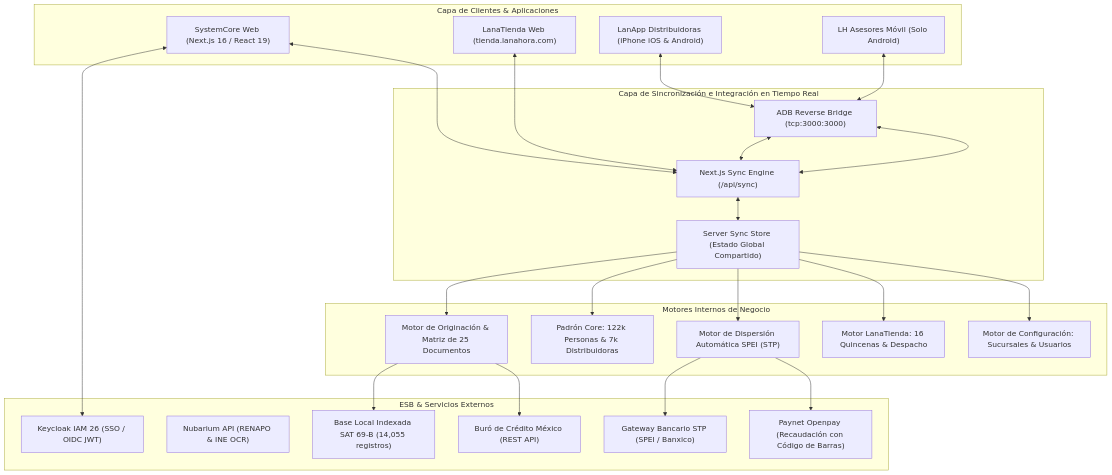
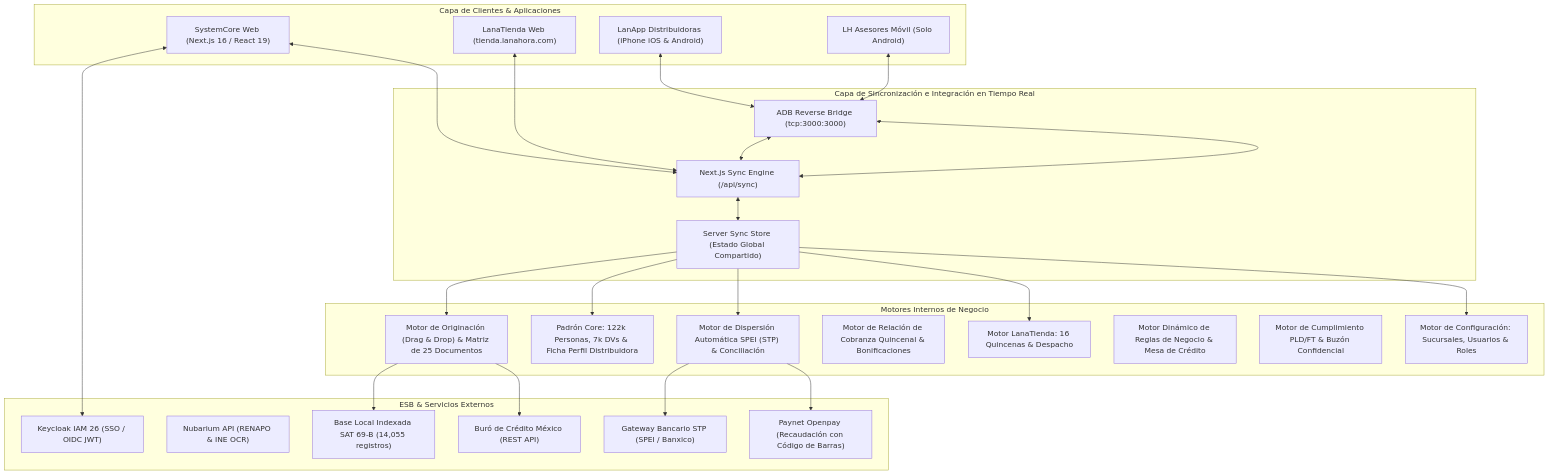
One commit to CarlosMartinezLH/SystemCore_LH changed the diagram in README.md. Above: the diagram before and after it, drawn with Mermaid. The commit also changed other lines of this file and 11 other files, not shown here.

````diff
--- a/README.md
+++ b/README.md
@@ -42,50 +42,53 @@
 ```mermaid
 flowchart TD
     subgraph Clientes ["Capa de Clientes & Aplicaciones"]
         WEB["SystemCore Web (Next.js 16 / React 19)"]
         TIENDA["LanaTienda Web (tienda.lanahora.com)"]
         APP_ADV["LH Asesores Móvil (Solo Android)"]
         APP_LAN["LanApp Distribuidoras (iPhone iOS & Android)"]
     end
 
     subgraph SyncBus ["Capa de Sincronización e Integración en Tiempo Real"]
         API_SYNC["Next.js Sync Engine (/api/sync)"]
         STORE["Server Sync Store (Estado Global Compartido)"]
         ADB_REV["ADB Reverse Bridge (tcp:3000:3000)"]
     end
 
     subgraph MotoresCore ["Motores Internos de Negocio"]
-        CRM_ENG["Motor de Originación & Matriz de 25 Documentos"]
-        PADRON_ENG["Padrón Core: 122k Personas & 7k Distribuidoras"]
-        STP_ENG["Motor de Dispersión Automática SPEI (STP)"]
+        CRM_ENG["Motor de Originación (Drag & Drop) & Matriz de 25 Documentos"]
+        PADRON_ENG["Padrón Core: 122k Personas, 7k DVs & Ficha Perfil Distribuidora"]
+        STP_ENG["Motor de Dispersión Automática SPEI (STP) & Conciliación"]
+        REL_ENG["Motor de Relación de Cobranza Quincenal & Bonificaciones"]
         TIENDA_ENG["Motor LanaTienda: 16 Quincenas & Despacho"]
-        CONFIG_ENG["Motor de Configuración: Sucursales & Usuarios"]
+        RULES_ENG["Motor Dinámico de Reglas de Negocio & Mesa de Crédito"]
+        PLD_ENG["Motor de Cumplimiento PLD/FT & Buzón Confidencial"]
+        CONFIG_ENG["Motor de Configuración: Sucursales, Usuarios & Roles"]
     end
 
     subgraph IntegracionesESB ["ESB & Servicios Externos"]
         KEYCLOAK["Keycloak IAM 26 (SSO / OIDC JWT)"]
         NUBARIUM["Nubarium API (RENAPO & INE OCR)"]
         SAT_DB["Base Local Indexada SAT 69-B (14,055 registros)"]
         BURO["Buró de Crédito México (REST API)"]
         STP_SPEI["Gateway Bancario STP (SPEI / Banxico)"]
         PAYNET["Paynet Openpay (Recaudación con Código de Barras)"]
     end
 
     WEB <--> API_SYNC
     TIENDA <--> API_SYNC
     APP_LAN <--> ADB_REV <--> API_SYNC
     APP_ADV <--> ADB_REV <--> API_SYNC
 
     API_SYNC <--> STORE
     STORE --> CRM_ENG
     STORE --> PADRON_ENG
     STORE --> STP_ENG
     STORE --> TIENDA_ENG
     STORE --> CONFIG_ENG
 
     CRM_ENG --> SAT_DB
     CRM_ENG --> BURO
     STP_ENG --> STP_SPEI
     STP_ENG --> PAYNET
     WEB <--> KEYCLOAK
 ```
````
